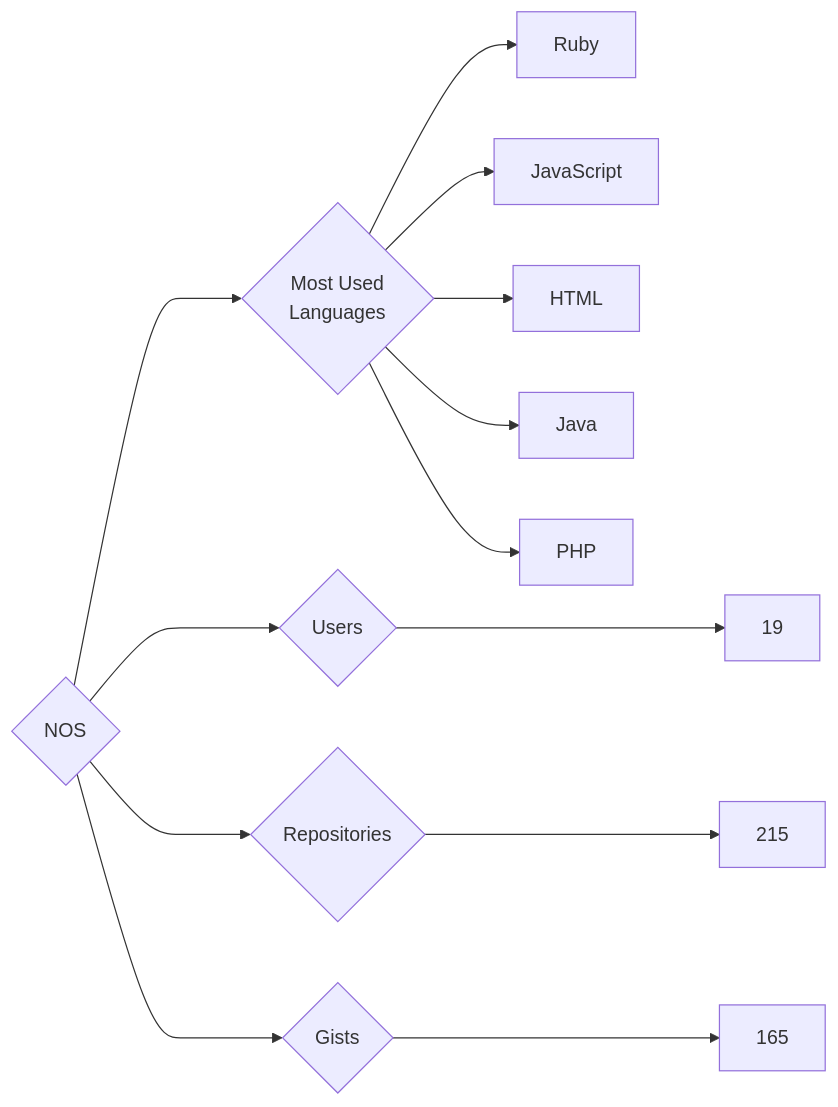
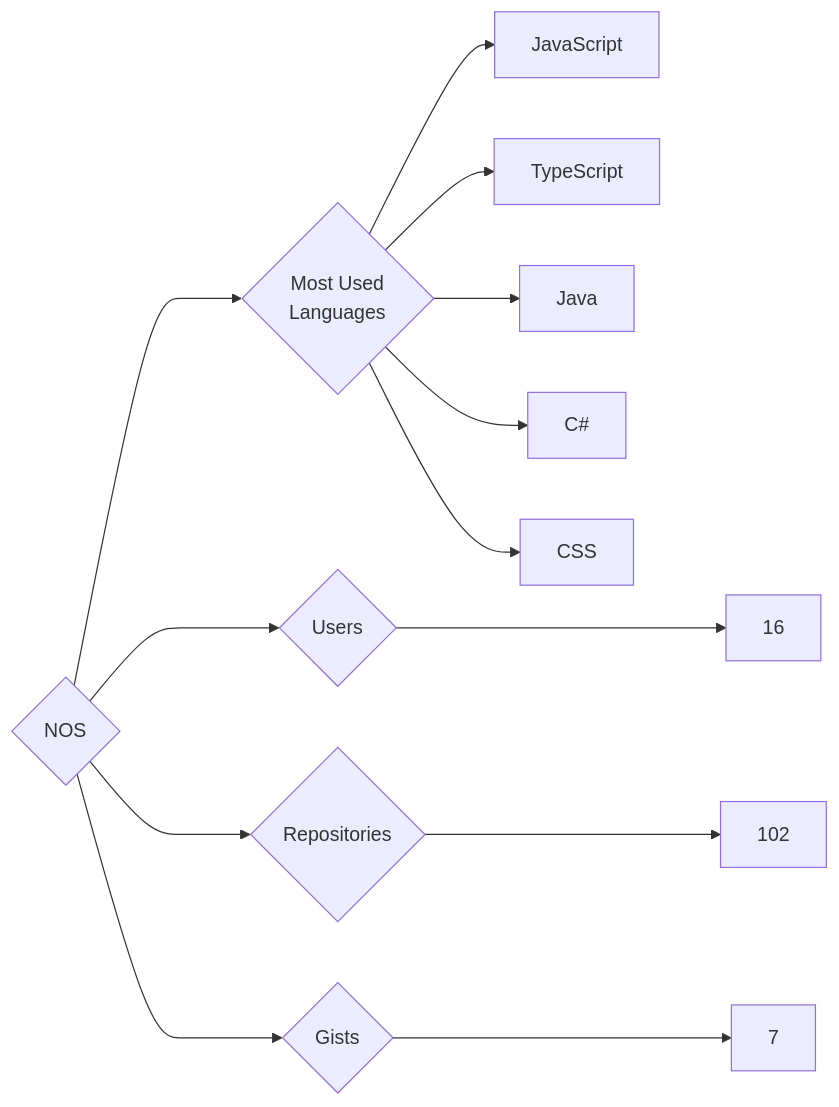
The diagram in targets/NOS/README.md (trickest/insiders), drawn with Mermaid before and after one commit. The commit also changed 940 other files, not shown here.

````diff
--- a/targets/NOS/README.md
+++ b/targets/NOS/README.md
@@ -3,13 +3,13 @@
 ```mermaid
 graph LR
 COMPANY_NAME{NOS}
-COMPANY_NAME ---> U{Users} ---> UN[19]
-COMPANY_NAME ---> R{Repositories} ---> RN[215]
-COMPANY_NAME ---> G{Gists} ---> GN[165]
+COMPANY_NAME ---> U{Users} ---> UN[16]
+COMPANY_NAME ---> R{Repositories} ---> RN[102]
+COMPANY_NAME ---> G{Gists} ---> GN[7]
 COMPANY_NAME ---> ML{Most Used<br>Languages}
-ML --> Ruby[Ruby]
 ML --> JavaScript[JavaScript]
-ML --> HTML[HTML]
+ML --> TypeScript[TypeScript]
 ML --> Java[Java]
-ML --> PHP[PHP]
+ML --> C#[C#]
+ML --> CSS[CSS]
 ```
````
